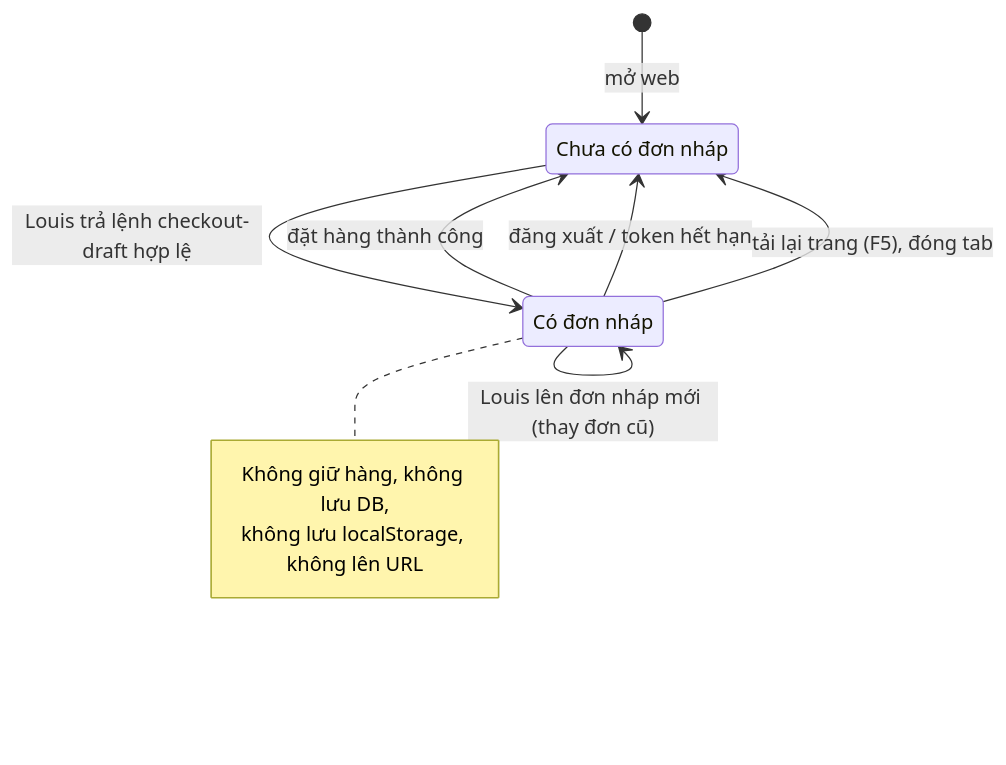
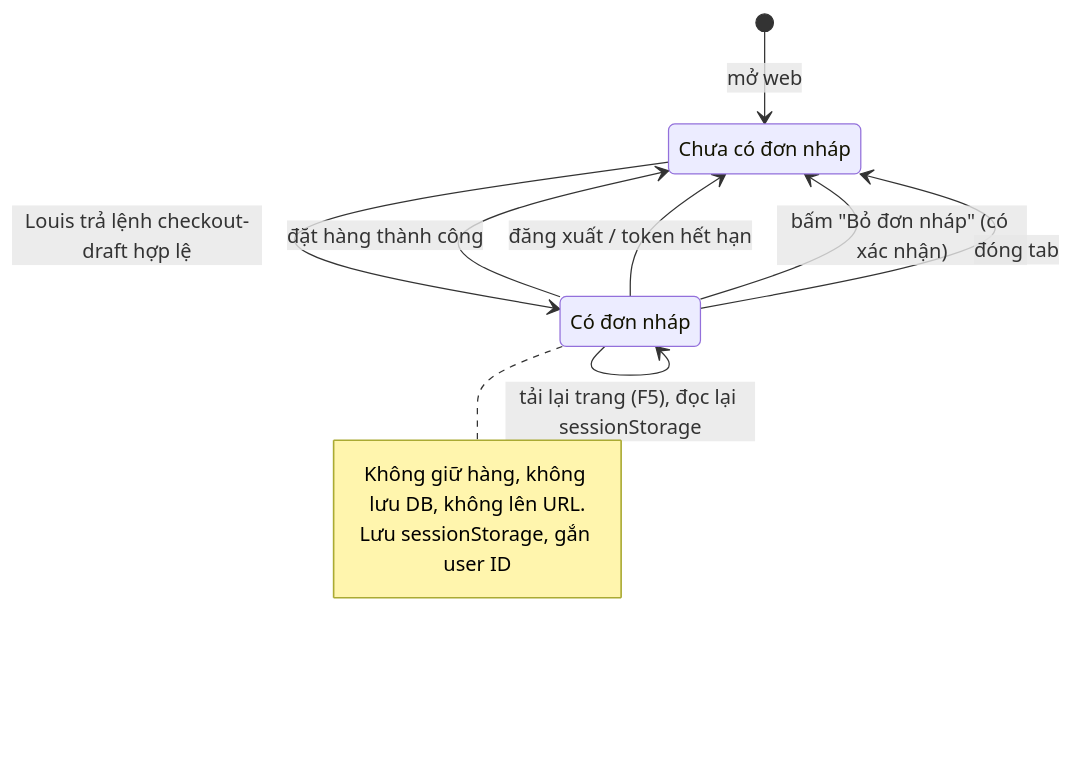
One commit to zdevlongnguz-blip/du-an-1 changed the second of 3 diagrams in docs/chat-ai/len-don-nhanh/01-nghiep-vu.md. Above: the diagram before and after it, drawn with Mermaid. The commit also changed other lines of this file and 19 other files, not shown here.

````diff
--- a/docs/chat-ai/len-don-nhanh/01-nghiep-vu.md
+++ b/docs/chat-ai/len-don-nhanh/01-nghiep-vu.md
@@ -75,15 +78,17 @@
 ```mermaid
 stateDiagram-v2
     [*] --> ChuaCo: mở web
     ChuaCo --> CoDonNhap: Louis trả lệnh checkout-draft hợp lệ
     CoDonNhap --> CoDonNhap: Louis lên đơn nháp mới (thay đơn cũ)
     CoDonNhap --> ChuaCo: đặt hàng thành công
     CoDonNhap --> ChuaCo: đăng xuất / token hết hạn
-    CoDonNhap --> ChuaCo: tải lại trang (F5), đóng tab
+    CoDonNhap --> CoDonNhap: tải lại trang (F5), đọc lại sessionStorage
+    CoDonNhap --> ChuaCo: bấm "Bỏ đơn nháp" (có xác nhận)
+    CoDonNhap --> ChuaCo: đóng tab
     ChuaCo: Chưa có đơn nháp
     CoDonNhap: Có đơn nháp
     note right of CoDonNhap
-        Không giữ hàng, không lưu DB,
-        không lưu localStorage, không lên URL
+        Không giữ hàng, không lưu DB, không lên URL.
+        Lưu sessionStorage, gắn user ID
     end note
 ```
````
